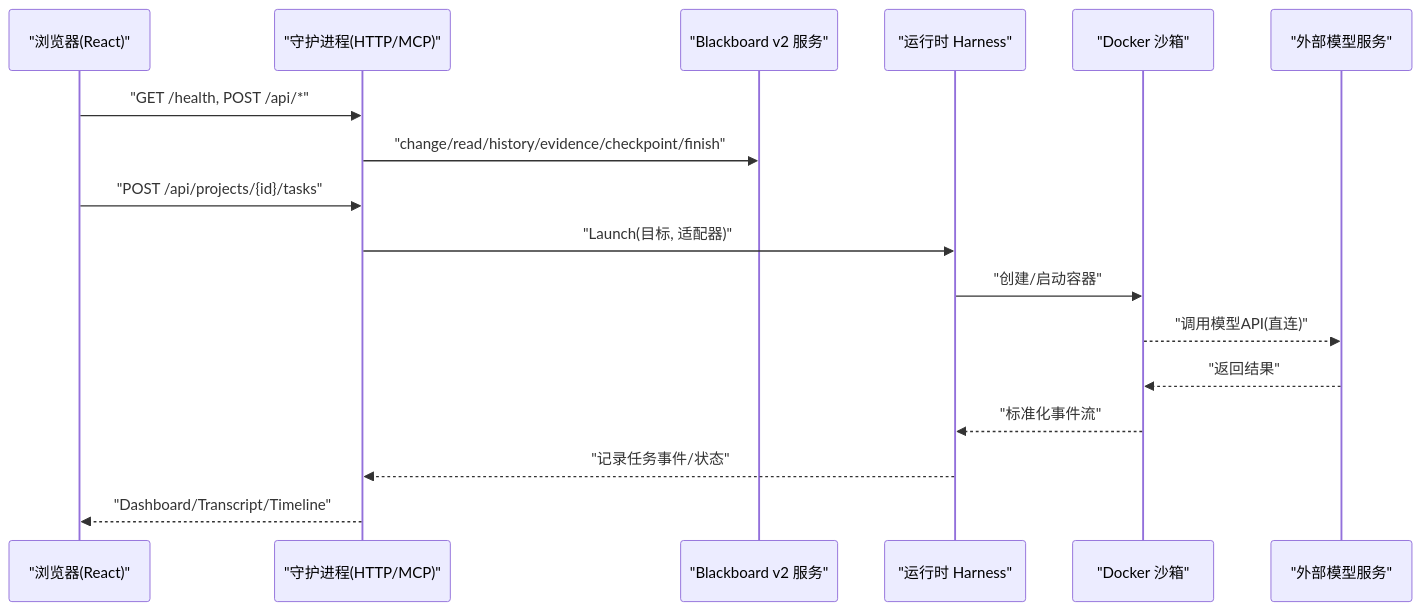
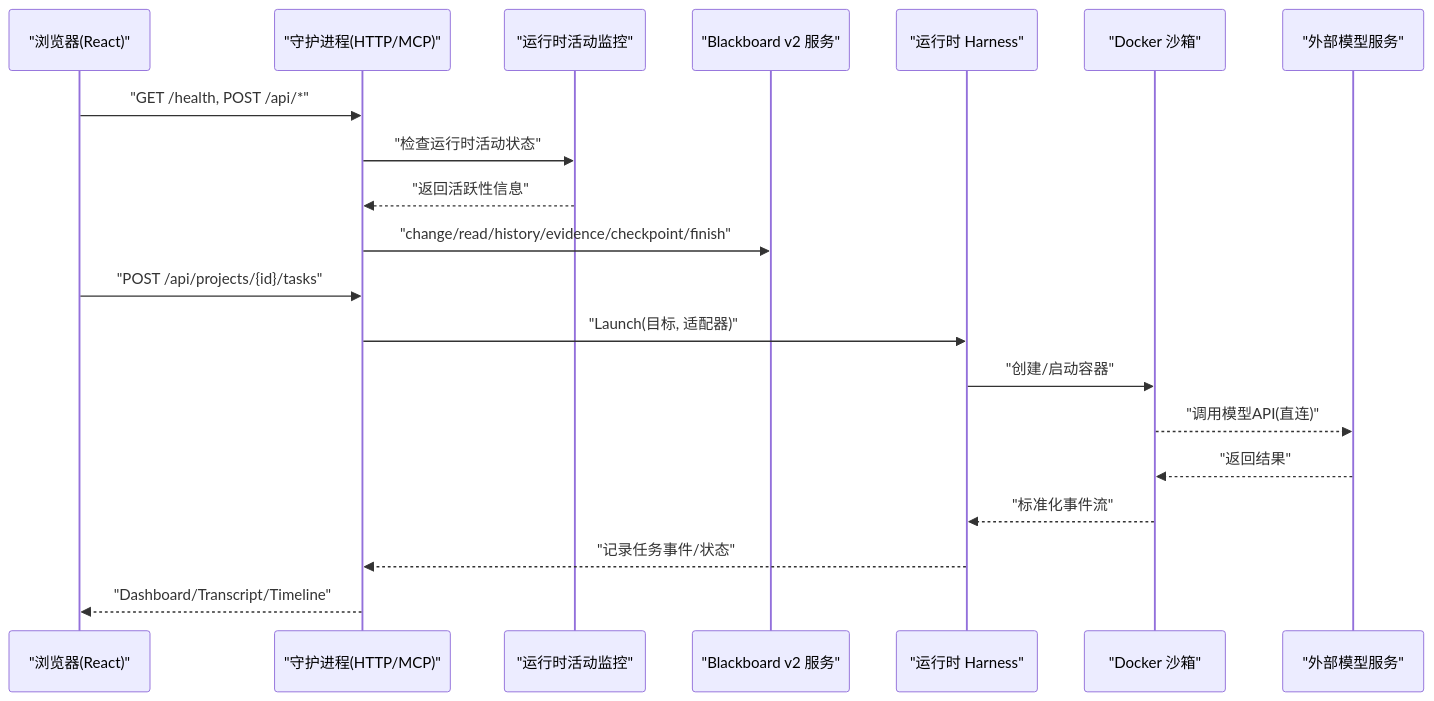
Before and after one commit to n1majne3/CyberPenda: the second of 9 diagrams in .qoder/repowiki/zh/content/开发者指南.md, drawn with Mermaid. The commit also changed other lines of this file and 46 other files, not shown here.

````diff
--- a/.qoder/repowiki/zh/content/开发者指南.md
+++ b/.qoder/repowiki/zh/content/开发者指南.md
@@ -110,19 +123,22 @@
 ```mermaid
 sequenceDiagram
 participant UI as "浏览器(React)"
 participant Daemon as "守护进程(HTTP/MCP)"
+participant Activity as "运行时活动监控"
 participant BB as "Blackboard v2 服务"
 participant Harness as "运行时 Harness"
 participant Sandbox as "Docker 沙箱"
 participant Provider as "外部模型服务"
 UI->>Daemon : "GET /health, POST /api/*"
+Daemon->>Activity : "检查运行时活动状态"
+Activity-->>Daemon : "返回活跃性信息"
 Daemon->>BB : "change/read/history/evidence/checkpoint/finish"
 UI->>Daemon : "POST /api/projects/{id}/tasks"
 Daemon->>Harness : "Launch(目标, 适配器)"
 Harness->>Sandbox : "创建/启动容器"
 Sandbox-->>Provider : "调用模型API(直连)"
 Provider-->>Sandbox : "返回结果"
 Sandbox-->>Harness : "标准化事件流"
 Harness-->>Daemon : "记录任务事件/状态"
 Daemon-->>UI : "Dashboard/Transcript/Timeline"
 ```
````
